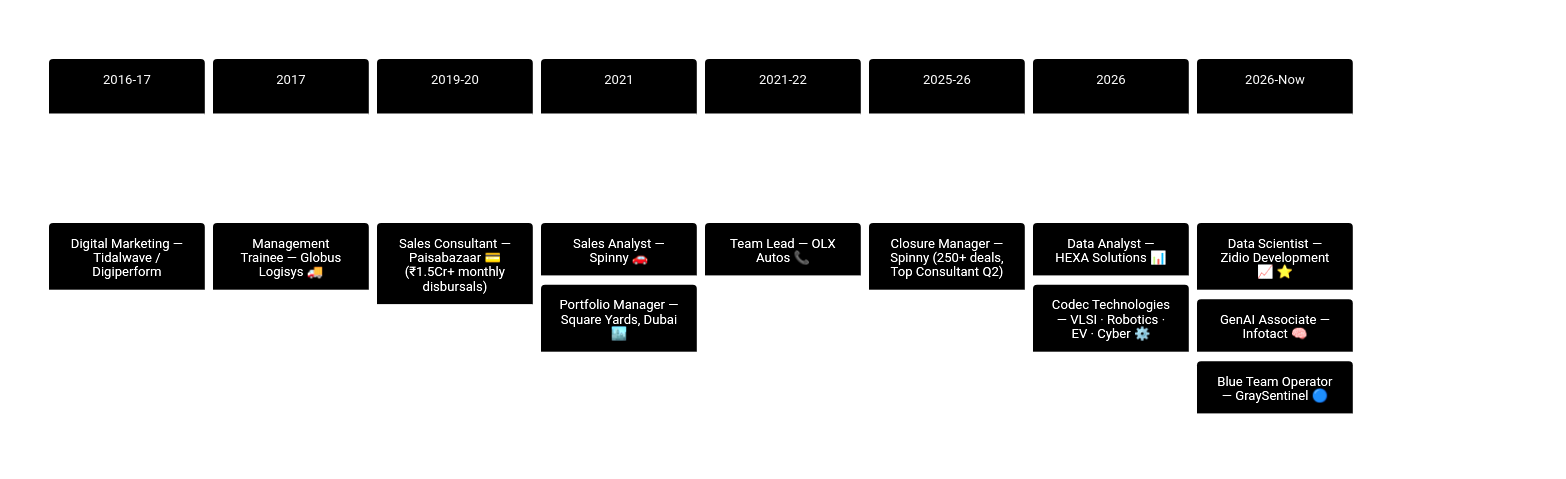
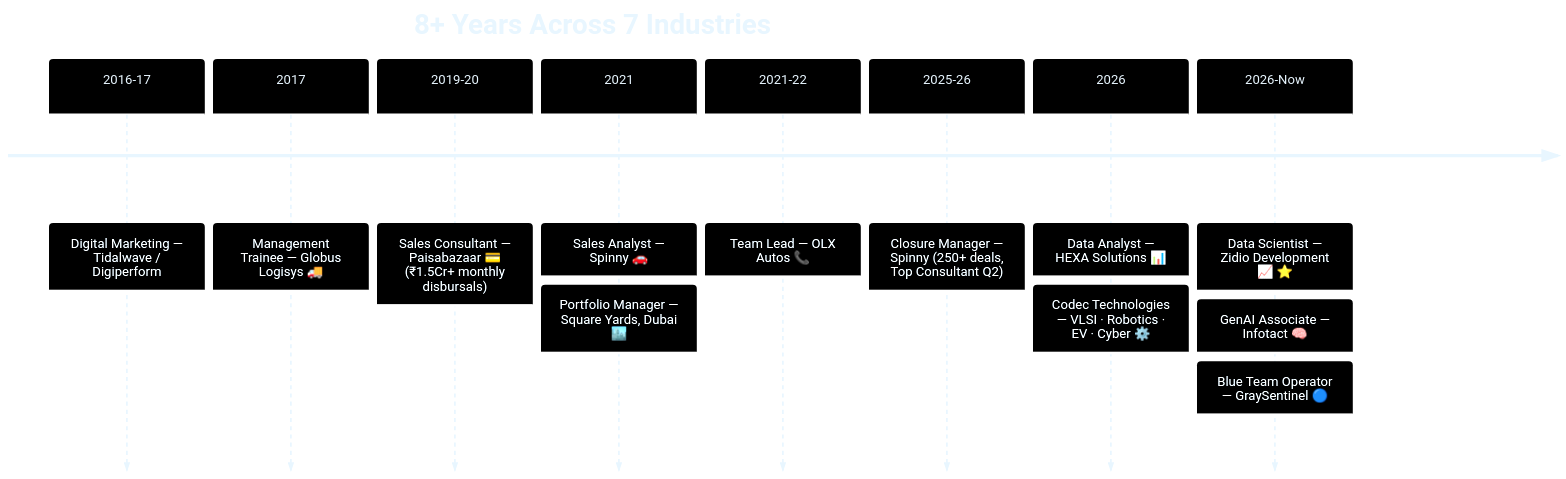
The diagram in README.md (Eswar5313/Eswar5313), drawn with Mermaid before and after one commit. The commit also changed other lines of this file and 22 other files, not shown here.

````diff
--- a/README.md
+++ b/README.md
@@ -225,13 +225,13 @@
 ```mermaid
-%%{init: {'theme':'base','themeVariables':{'primaryColor':'#222222','primaryTextColor':'#FFFFFF','primaryBorderColor':'#FFFFFF','lineColor':'#FFFFFF','secondaryColor':'#000000','tertiaryColor':'#1A1A1A','fontFamily':'Georgia, serif'}}}%%
+%%{init: {'theme':'base','themeVariables':{'primaryColor':'#0B1026','primaryTextColor':'#E8F6FF','primaryBorderColor':'#00E5FF','lineColor':'#B388FF','secondaryColor':'#12062B','tertiaryColor':'#1B1F4B','fontFamily':'Orbitron, Segoe UI, sans-serif'}}}%%
 timeline
     title 8+ Years Across 7 Industries
     2016-17 : Digital Marketing — Tidalwave / Digiperform
     2017 : Management Trainee — Globus Logisys 🚚
     2019-20 : Sales Consultant — Paisabazaar 💳 (₹1.5Cr+ monthly disbursals)
     2021 : Sales Analyst — Spinny 🚗 : Portfolio Manager — Square Yards, Dubai 🏙️
     2021-22 : Team Lead — OLX Autos 📞
     2025-26 : Closure Manager — Spinny (250+ deals, Top Consultant Q2)
     2026 : Data Analyst — HEXA Solutions 📊 : Codec Technologies — VLSI · Robotics · EV · Cyber ⚙️
     2026-Now : Data Scientist — Zidio Development 📈 ⭐ : GenAI Associate — Infotact 🧠 : Blue Team Operator — GraySentinel 🔵
 ```
````
